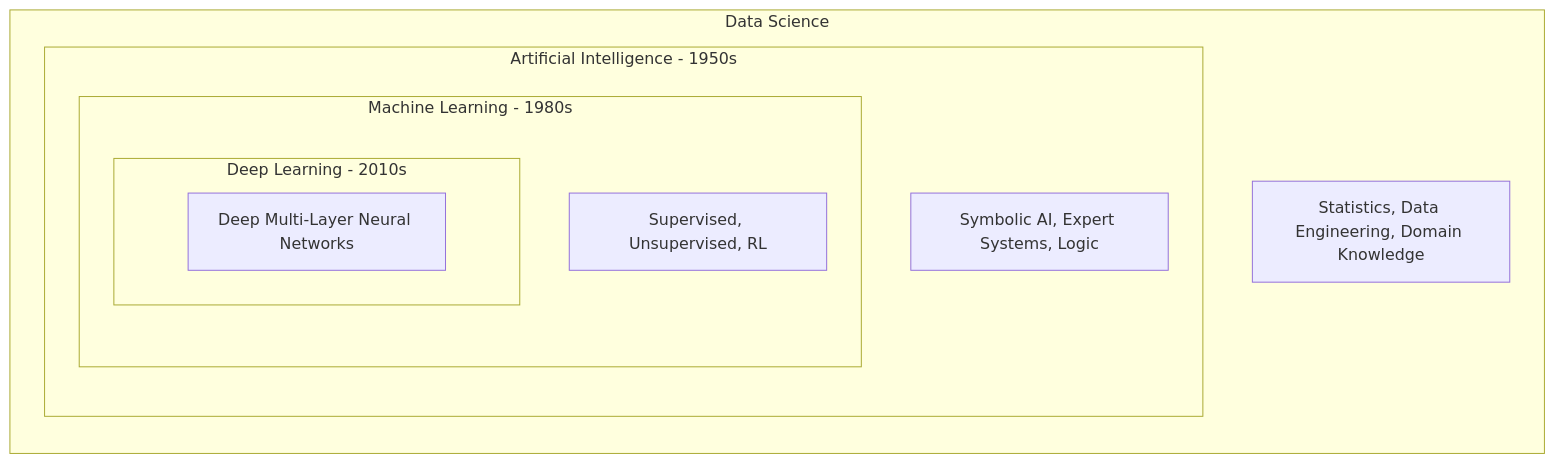
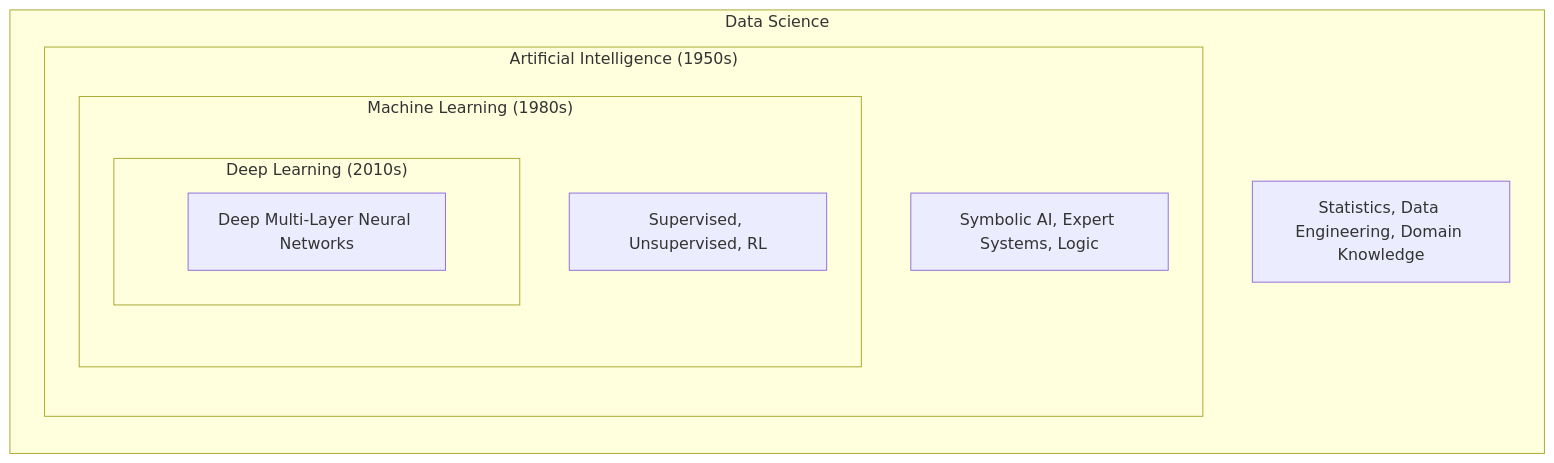
One commit to DeepLumiere/DeepSkills changed the first of 5 diagrams in notes/machine_learning/01_Intro_to_Machine_Learning.md. Above: the diagram before and after it, drawn with Mermaid. The commit also changed other lines of this file and 14 other files, not shown here.

Commit message:
Detail Full Stack notes and separate Machine Learning topics with solved numericals

````diff
--- a/notes/machine_learning/01_Intro_to_Machine_Learning.md
+++ b/notes/machine_learning/01_Intro_to_Machine_Learning.md
@@ -77,18 +24,18 @@
 ```mermaid
 flowchart TD
-    subgraph DS[Data Science]
+    subgraph DS["Data Science"]
         direction TB
-        subgraph AI[Artificial Intelligence - 1950s]
+        subgraph AI["Artificial Intelligence (1950s)"]
             direction TB
-            subgraph ML[Machine Learning - 1980s]
+            subgraph ML["Machine Learning (1980s)"]
                 direction TB
-                subgraph DL[Deep Learning - 2010s]
-                    ANN[Deep Multi-Layer Neural Networks]
+                subgraph DL["Deep Learning (2010s)"]
+                    ANN["Deep Multi-Layer Neural Networks"]
                 end
-                SL[Supervised, Unsupervised, RL]
+                SL["Supervised, Unsupervised, RL"]
             end
-            KR[Symbolic AI, Expert Systems, Logic]
+            KR["Symbolic AI, Expert Systems, Logic"]
         end
-        STATS[Statistics, Data Engineering, Domain Knowledge]
+        STATS["Statistics, Data Engineering, Domain Knowledge"]
     end
 ```
````
